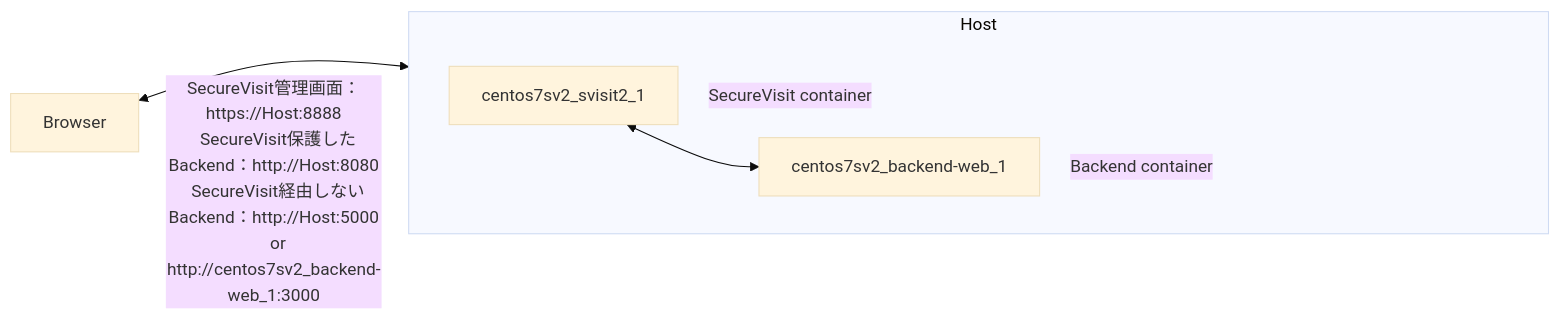
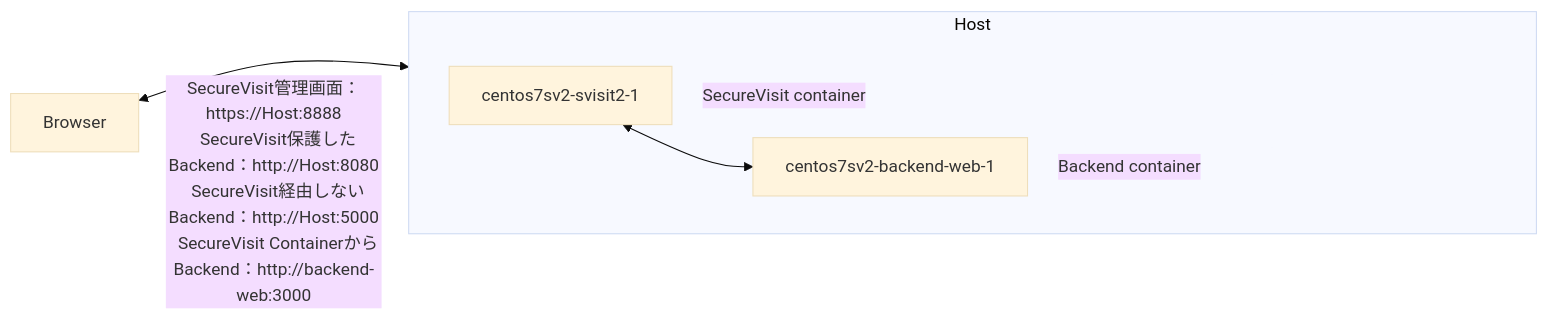
One commit to feitianjapanlee/centos7sv2 changed the diagram in README.md. Above: the diagram before and after it, drawn with Mermaid (base theme). The commit also changed other lines of this file and 2 other files, not shown here.

````diff
--- a/README.md
+++ b/README.md
@@ -8,17 +8,17 @@
 ```mermaid
 graph LR
   B[Browser]
   subgraph Host
     direction LR
-    SV[centos7sv2_svisit2_1] <--> BE[centos7sv2_backend-web_1] 
+    SV[centos7sv2-svisit2-1] <--> BE[centos7sv2-backend-web-1] 
   end
   B <--> Host
   B ~~~|"
   SecureVisit管理画面：https://Host:8888
   SecureVisit保護したBackend：http://Host:8080
   SecureVisit経由しないBackend：http://Host:5000
-   or http://centos7sv2_backend-web_1:3000
+  SecureVisit ContainerからBackend：http://backend-web:3000
   "|Host
   SV ~~~|"SecureVisit container"|SV
   BE ~~~|"Backend container"|BE
 ```
````
